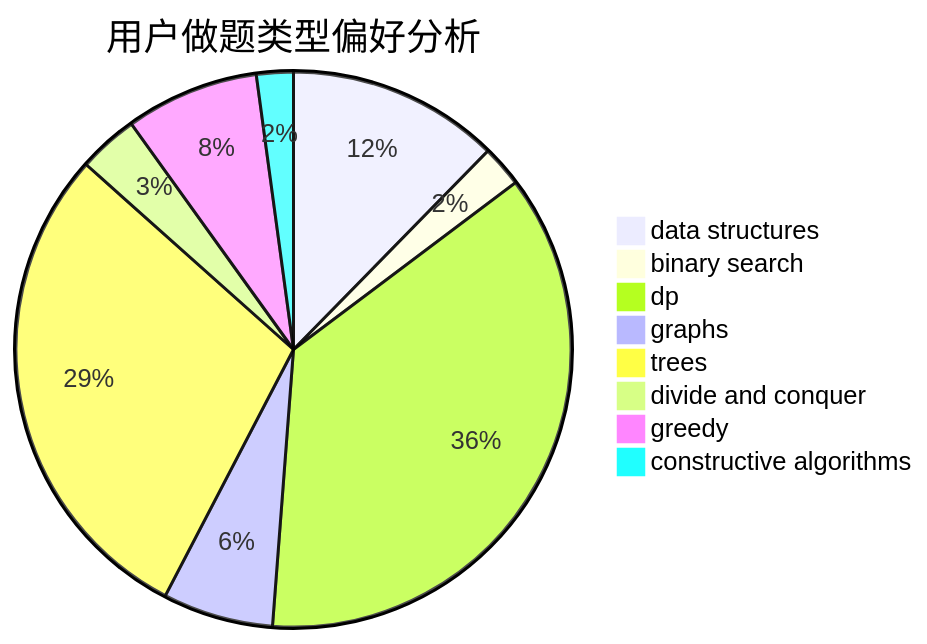
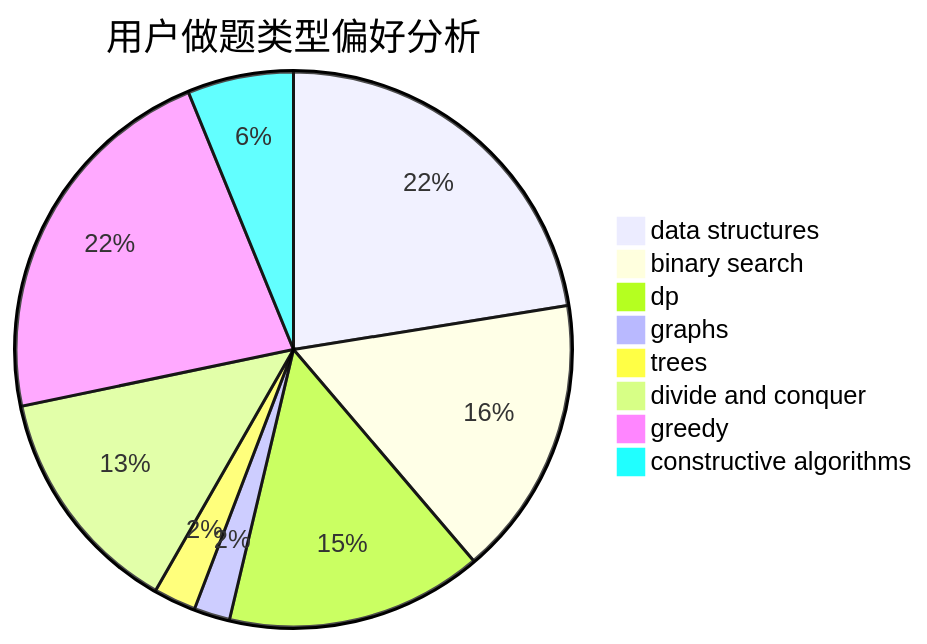
The second of 3 diagrams in docs/user/u2066.md (sherpahu/cfrs.github.io), drawn with Mermaid before and after one commit. The commit also changed other lines of this file and 2770 other files, not shown here.

````diff
--- a/docs/user/u2066.md
+++ b/docs/user/u2066.md
@@ -23,11 +23,11 @@
 ```mermaid
 pie title 用户做题类型偏好分析
-    "data structures" :  46
-    "binary search" :  9
-    "dp" :  136
-    "graphs" :  24
-    "trees" :  108
-    "divide and conquer" :  13
-    "greedy" :  29
-    "constructive algorithms" :  8
+    "data structures" :  182
+    "binary search" :  132
+    "dp" :  121
+    "graphs" :  17
+    "trees" :  20
+    "divide and conquer" :  109
+    "greedy" :  179
+    "constructive algorithms" :  50
 ```
````
